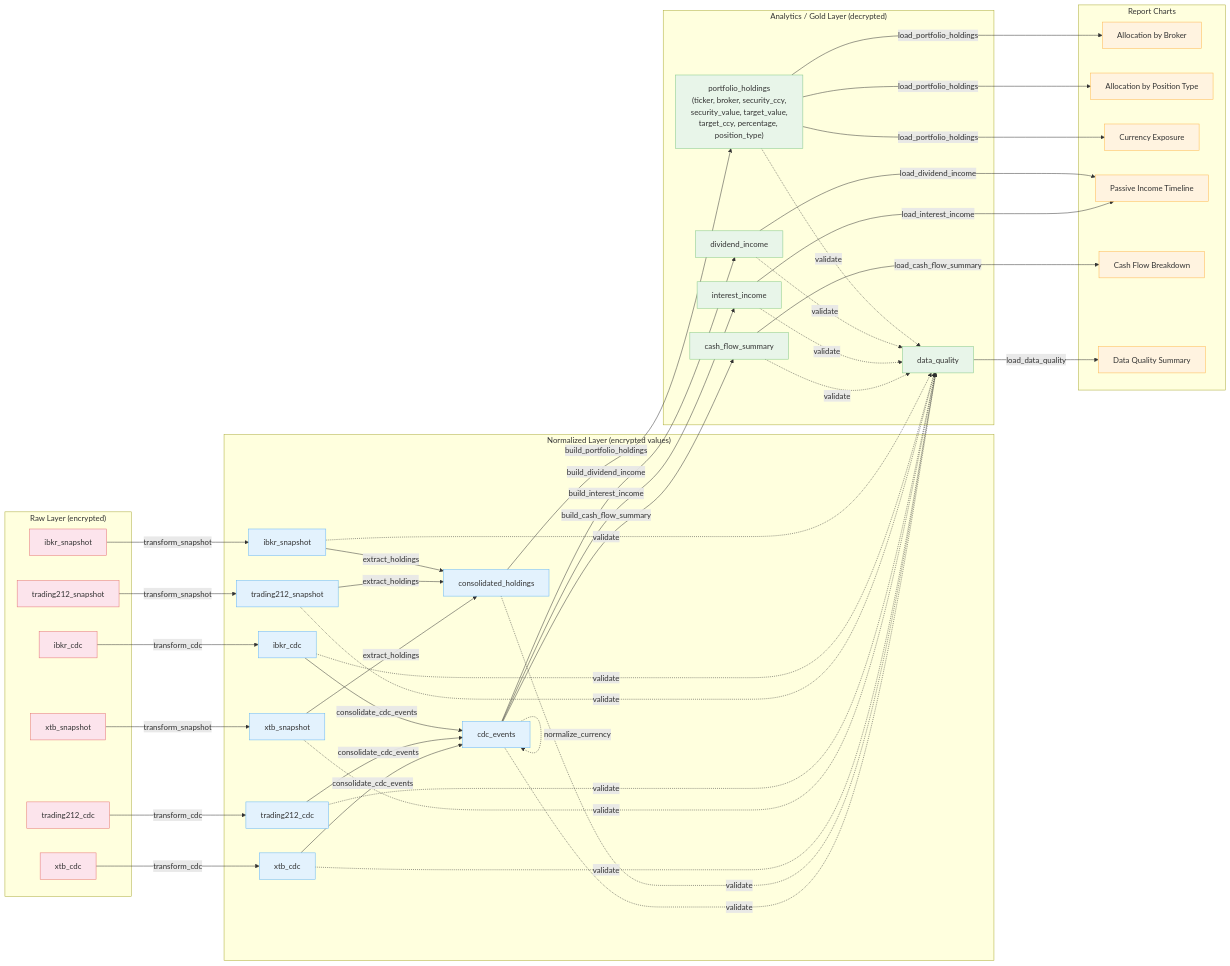
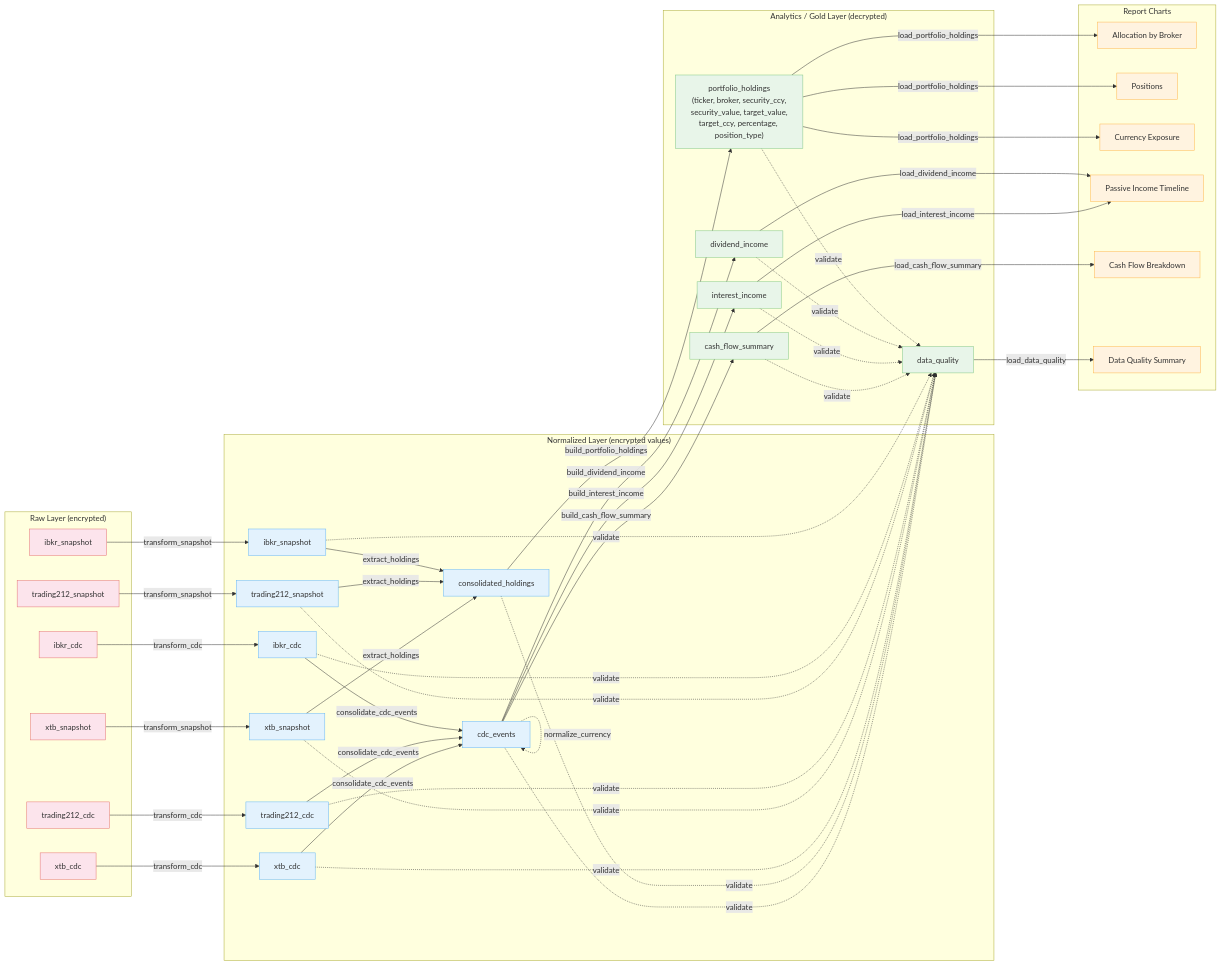
One commit to vp-1591/financial-portfolio-lakehouse changed the diagram in docs/table-lineage.md. Above: the diagram before and after it, drawn with Mermaid. The commit also changed other lines of this file and 6 other files, not shown here.

First line of the commit message:
feat: replace 'Allocation by Position Type' donut with Positions bar chart and EQUITY/CASH summary card

````diff
--- a/docs/table-lineage.md
+++ b/docs/table-lineage.md
@@ -34,7 +34,7 @@
 
   subgraph charts["Report Charts"]
     c_alloc["Allocation by Broker"]
-    c_type["Allocation by Position Type"]
+    c_positions["Positions"]
     c_ccy["Currency Exposure"]
     c_income["Passive Income Timeline"]
     c_cashflow["Cash Flow Breakdown"]
@@ -86,7 +86,7 @@
 
   %% Gold → Report charts
   g_holdings -->|load_portfolio_holdings| c_alloc
-  g_holdings -->|load_portfolio_holdings| c_type
+  g_holdings -->|load_portfolio_holdings| c_positions
   g_holdings -->|load_portfolio_holdings| c_ccy
   g_dividends -->|load_dividend_income| c_income
   g_interest -->|load_interest_income| c_income
@@ -101,5 +101,5 @@
   class r_ibkr_snap,r_ibkr_cdc,r_t212_snap,r_t212_cdc,r_xtb_snap,r_xtb_cdc raw
   class n_ibkr_snap,n_ibkr_cdc,n_t212_snap,n_t212_cdc,n_xtb_snap,n_xtb_cdc,n_consolidated,n_cdc_events norm
   class g_holdings,g_dividends,g_interest,g_cashflow,g_quality gold
-  class c_alloc,c_type,c_ccy,c_income,c_cashflow,c_dq chart
+  class c_alloc,c_positions,c_ccy,c_income,c_cashflow,c_dq chart
 ```
````
